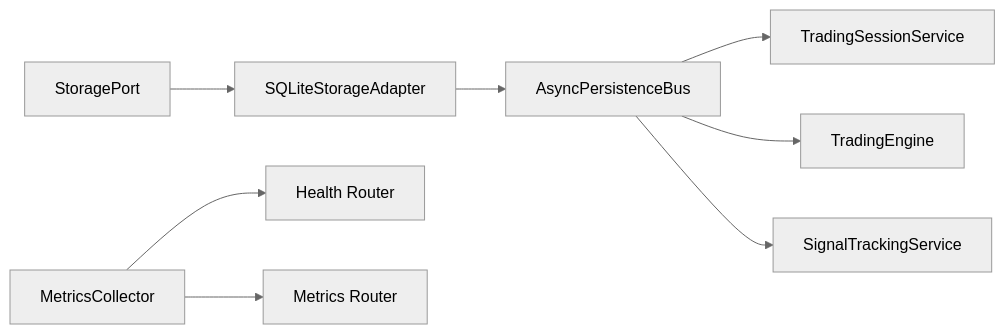
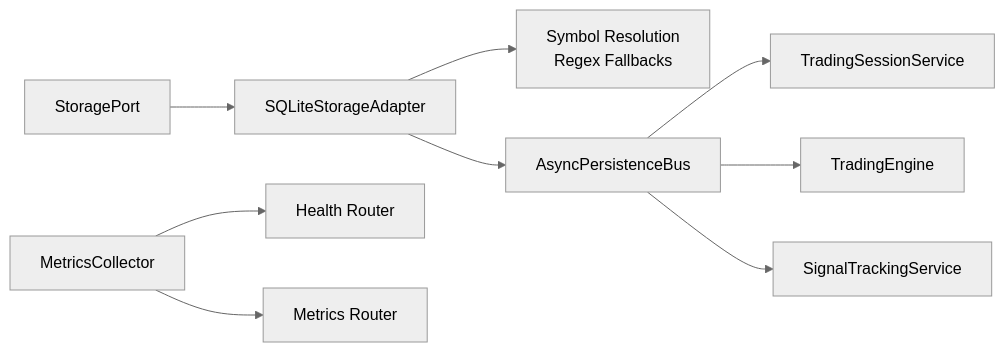
Before and after one commit to gemrajkhatry-maker/v5-of-glassytrade-ai: the seventh of 7 diagrams in .qoder/repowiki/en/content/Backend Application/Infrastructure Adapters/Storage Adapters.md, drawn with Mermaid (neutral theme). The commit also changed other lines of this file and 930 other files, not shown here.

````diff
--- a/.qoder/repowiki/en/content/Backend Application/Infrastructure Adapters/Storage Adapters.md
+++ b/.qoder/repowiki/en/content/Backend Application/Infrastructure Adapters/Storage Adapters.md
@@ -375,10 +500,11 @@
 ```mermaid
 graph LR
 SP["StoragePort"] --> SA["SQLiteStorageAdapter"]
+SA --> SR["Symbol Resolution<br/>Regex Fallbacks"]
 SA --> AP["AsyncPersistenceBus"]
 AP --> TS["TradingSessionService"]
 AP --> ENG["TradingEngine"]
 AP --> SIG["SignalTrackingService"]
 MC["MetricsCollector"] --> HR["Health Router"]
 MC --> MR["Metrics Router"]
 ```
````
